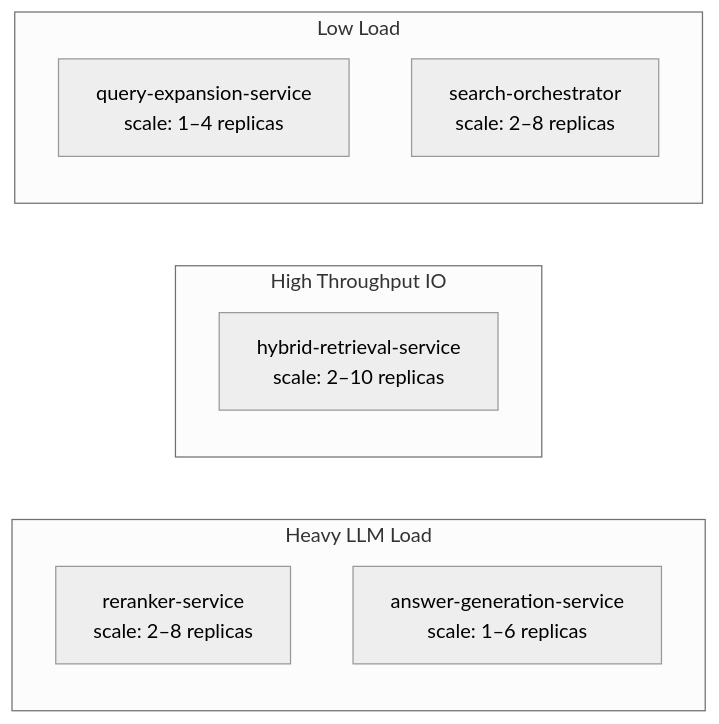
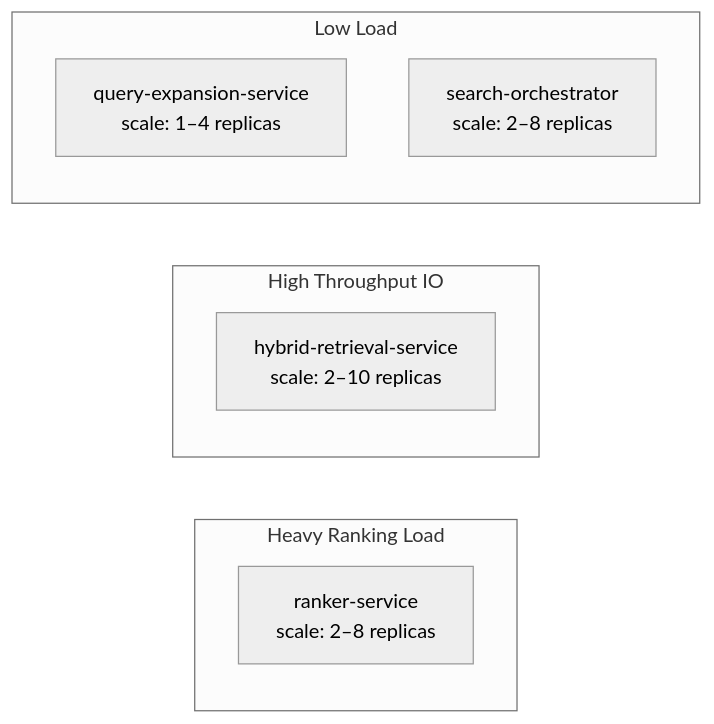
One commit to Peqchji/spring-ai-search-engine changed the third of 3 diagrams in AGENTIC.md. Above: the diagram before and after it, drawn with Mermaid (neutral theme). The commit also changed other lines of this file and 9 other files, not shown here.

First line of the commit message:
docs: Refactor architecture to LTR AI Search Engine

````diff
--- a/AGENTIC.md
+++ b/AGENTIC.md
@@ -568,16 +450,15 @@
 ```mermaid
 flowchart LR
-    subgraph Heavy LLM Load
-        RR[reranker-service\nscale: 2–8 replicas]
-        AG[answer-generation-service\nscale: 1–6 replicas]
+    subgraph Heavy Ranking Load
+        RANK[ranker-service\nscale: 2–8 replicas]
     end
 
     subgraph High Throughput IO
         HR[hybrid-retrieval-service\nscale: 2–10 replicas]
     end
 
     subgraph Low Load
         QE[query-expansion-service\nscale: 1–4 replicas]
         GW[search-orchestrator\nscale: 2–8 replicas]
     end
 ```
````
